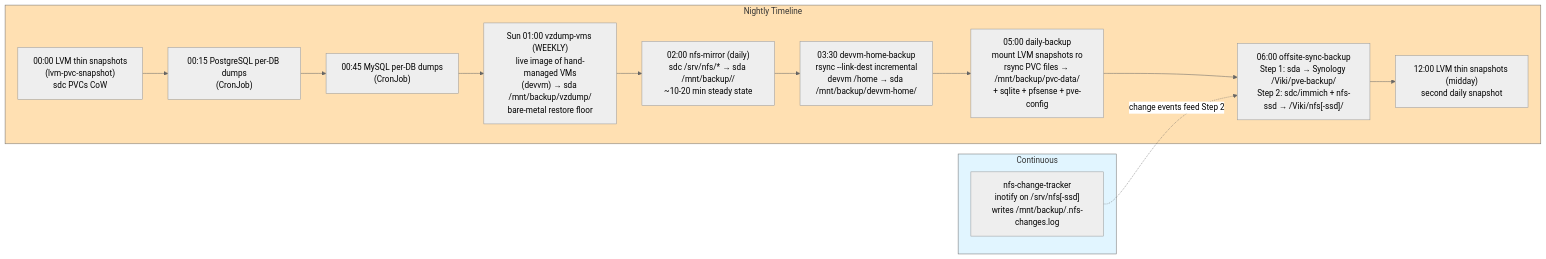
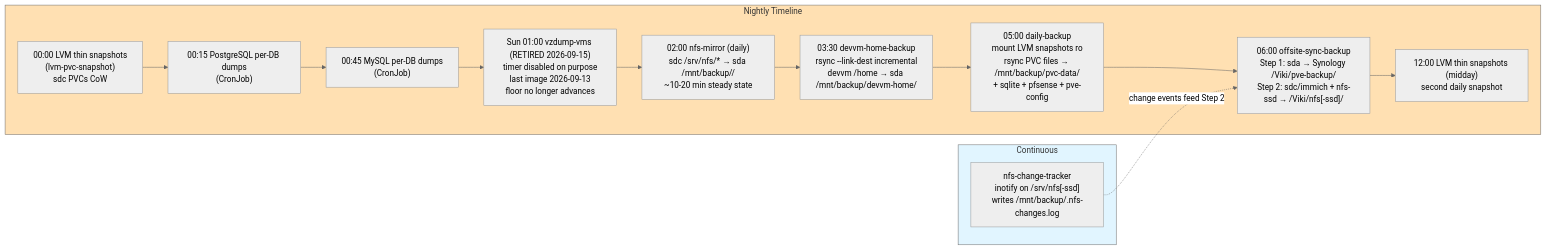
The third of 6 diagrams in docs/architecture/backup-dr.md (ViktorBarzin/infra), drawn with Mermaid (neutral theme) before and after one commit. The commit also changed other lines of this file and 2 other files, not shown here.

First line of the commit message:
monitoring: drop the vzdump alerts for the image backup retired on 09-15

````diff
--- a/docs/architecture/backup-dr.md
+++ b/docs/architecture/backup-dr.md
@@ -211,24 +211,24 @@
 ```mermaid
 graph LR
     subgraph Continuous["Continuous"]
         INO["nfs-change-tracker<br/>inotify on /srv/nfs[-ssd]<br/>writes /mnt/backup/.nfs-changes.log"]
     end
 
     subgraph Nightly["Nightly Timeline"]
         T0000["00:00 LVM thin snapshots<br/>(lvm-pvc-snapshot)<br/>sdc PVCs CoW"]
         T0015["00:15 PostgreSQL per-DB dumps<br/>(CronJob)"]
         T0045["00:45 MySQL per-DB dumps<br/>(CronJob)"]
-        T0100["Sun 01:00 vzdump-vms (WEEKLY)<br/>live image of hand-managed VMs<br/>(devvm) → sda /mnt/backup/vzdump/<br/>bare-metal restore floor"]
+        T0100["Sun 01:00 vzdump-vms (RETIRED 2026-09-15)<br/>timer disabled on purpose<br/>last image 2026-09-13<br/>floor no longer advances"]
         T0200["02:00 nfs-mirror (daily)<br/>sdc /srv/nfs/* → sda /mnt/backup/<svc>/<br/>~10-20 min steady state"]
         T0330["03:30 devvm-home-backup<br/>rsync --link-dest incremental<br/>devvm /home → sda /mnt/backup/devvm-home/"]
         T0500["05:00 daily-backup<br/>mount LVM snapshots ro<br/>rsync PVC files → /mnt/backup/pvc-data/<br/>+ sqlite + pfsense + pve-config"]
         T0600["06:00 offsite-sync-backup<br/>Step 1: sda → Synology /Viki/pve-backup/<br/>Step 2: sdc/immich + nfs-ssd → /Viki/nfs[-ssd]/"]
         T1200["12:00 LVM thin snapshots (midday)<br/>second daily snapshot"]
     end
 
     T0000 --> T0015 --> T0045 --> T0100 --> T0200 --> T0330 --> T0500 --> T0600 --> T1200
     INO -.->|change events feed Step 2| T0600
 
     style Nightly fill:#ffe0b2
     style Continuous fill:#e1f5ff
 ```
````
